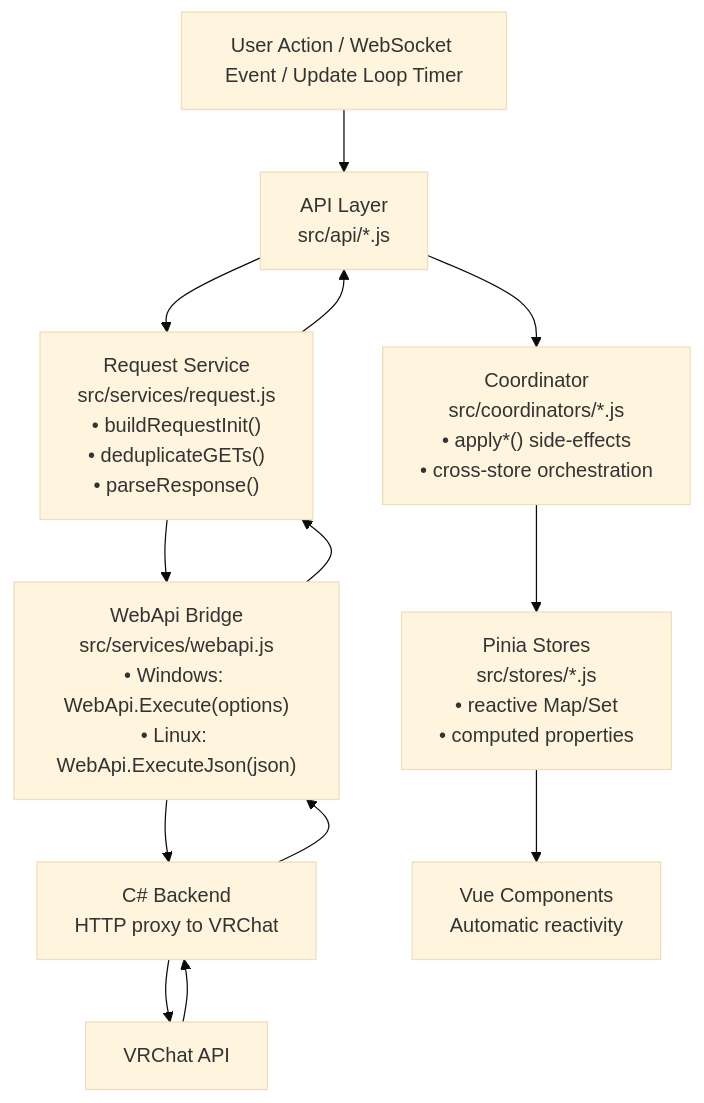
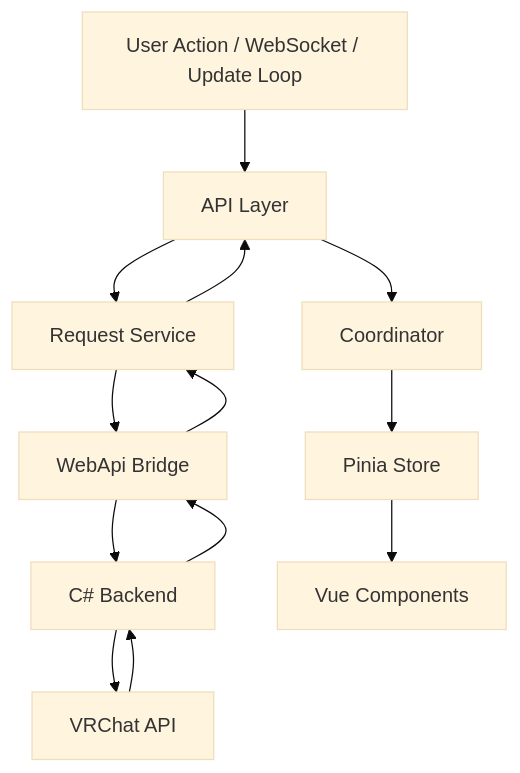
Before and after one commit to Map1en/vrcx-docs: the first of 4 diagrams in en/architecture/data-flow.md, drawn with Mermaid (base theme). The commit also changed other lines of this file and 16 other files, not shown here.

````diff
--- a/en/architecture/data-flow.md
+++ b/en/architecture/data-flow.md
@@ -7,12 +7,12 @@
 ```mermaid
 flowchart TD
-    A["User Action / WebSocket Event / Update Loop Timer"] --> B["API Layer<br/>src/api/*.js"]
-    B --> C["Request Service<br/>src/services/request.js<br/>• buildRequestInit()<br/>• deduplicateGETs()<br/>• parseResponse()"]
-    C --> D["WebApi Bridge<br/>src/services/webapi.js<br/>• Windows: WebApi.Execute(options)<br/>• Linux: WebApi.ExecuteJson(json)"]
-    D --> E["C# Backend<br/>HTTP proxy to VRChat"]
+    A["User Action / WebSocket / Update Loop"] --> B["API Layer"]
+    B --> C["Request Service"]
+    C --> D["WebApi Bridge"]
+    D --> E["C# Backend"]
     E --> F["VRChat API"]
     F --> E --> D --> C --> B
-    B --> G["Coordinator<br/>src/coordinators/*.js<br/>• apply*() side-effects<br/>• cross-store orchestration"]
-    G --> H["Pinia Stores<br/>src/stores/*.js<br/>• reactive Map/Set<br/>• computed properties"]
-    H --> I["Vue Components<br/>Automatic reactivity"]
+    B --> G["Coordinator"]
+    G --> H["Pinia Store"]
+    H --> I["Vue Components"]
 ```
````
